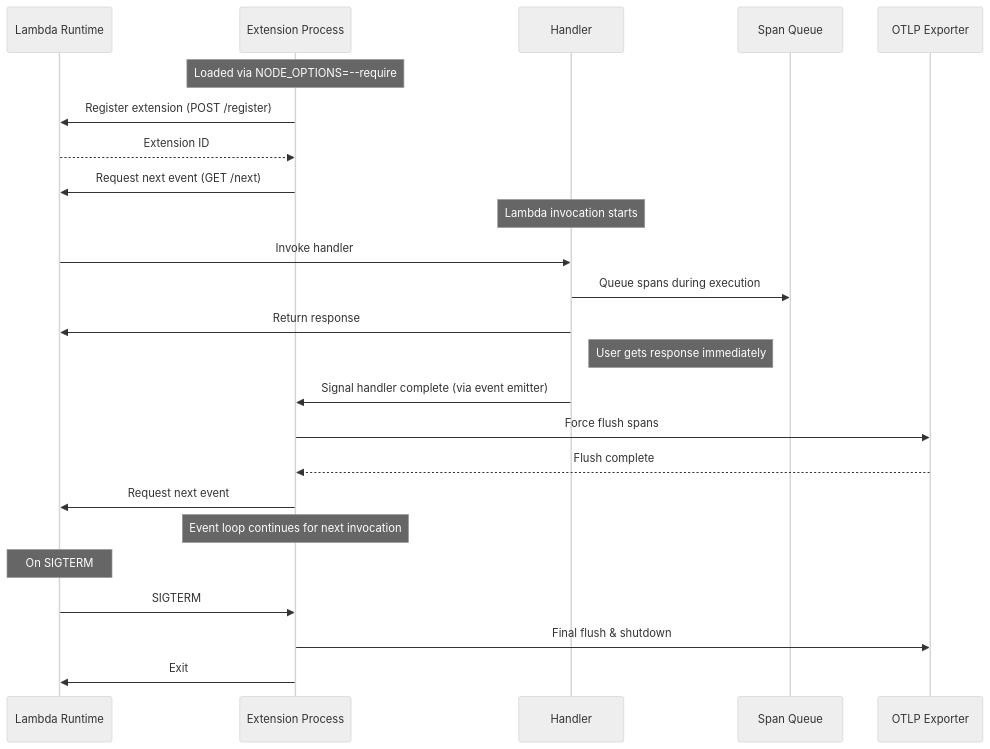
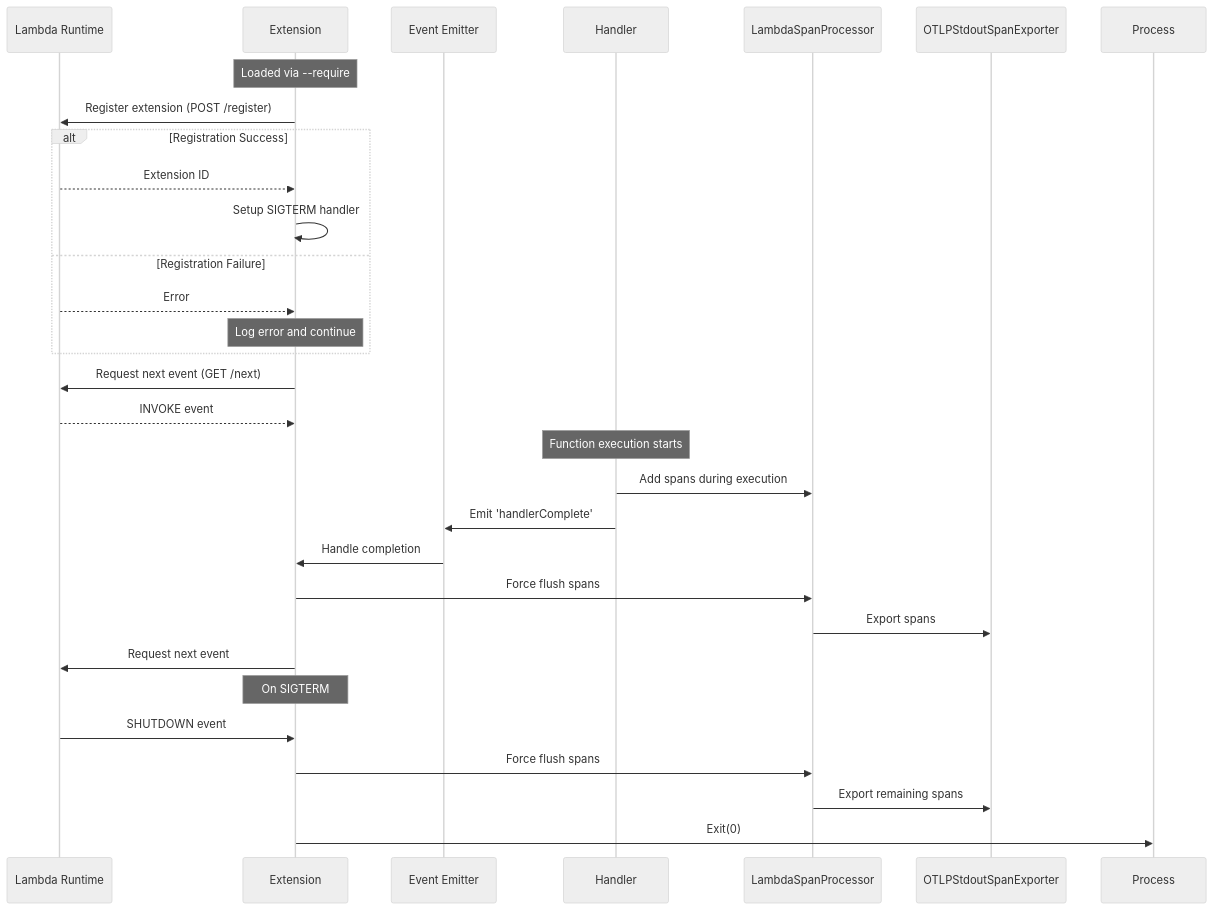
One commit to garysassano/serverless-otlp-forwarder changed the second of 2 diagrams in packages/node/lambda-otel-lite/README.md. Above: the diagram before and after it, drawn with Mermaid (neutral theme). The commit also changed other lines of this file and 39 other files, not shown here.

First line of the commit message:
feat(node-lambda-otel-lite): release 0.6.1 (#36)

````diff
--- a/packages/node/lambda-otel-lite/README.md
+++ b/packages/node/lambda-otel-lite/README.md
@@ -217,30 +100,37 @@
 ```mermaid
 sequenceDiagram
     participant Lambda Runtime
-    participant Extension Process
+    participant Extension
+    participant Event Emitter
     participant Handler
-    participant Span Queue
-    participant OTLP Exporter
+    participant LambdaSpanProcessor
+    participant OTLPStdoutSpanExporter
 
-    Note over Extension Process: Loaded via NODE_OPTIONS=--require
-    Extension Process->>Lambda Runtime: Register extension (POST /register)
-    Lambda Runtime-->>Extension Process: Extension ID
-    Extension Process->>Lambda Runtime: Request next event (GET /next)
+    Note over Extension: Loaded via --require
+    Extension->>Lambda Runtime: Register extension (POST /register)
+    alt Registration Success
+        Lambda Runtime-->>Extension: Extension ID
+        Extension->>Extension: Setup SIGTERM handler
+    else Registration Failure
+        Lambda Runtime-->>Extension: Error
+        Note over Extension: Log error and continue
+    end
+
+    Extension->>Lambda Runtime: Request next event (GET /next)
+    Lambda Runtime-->>Extension: INVOKE event
+
+    Note over Handler: Function execution starts
+    Handler->>LambdaSpanProcessor: Add spans during execution
+    Handler->>Event Emitter: Emit 'handlerComplete'
     
-    Note over Handler: Lambda invocation starts
-    Lambda Runtime->>Handler: Invoke handler
-    Handler->>Span Queue: Queue spans during execution
-    Handler->>Lambda Runtime: Return response
-    Note right of Handler: User gets response immediately
-    
-    Handler->>Extension Process: Signal handler complete (via event emitter)
-    Extension Process->>OTLP Exporter: Force flush spans
-    OTLP Exporter-->>Extension Process: Flush complete
-    Extension Process->>Lambda Runtime: Request next event
-    Note over Extension Process: Event loop continues for next invocation
-    
-    Note over Lambda Runtime: On SIGTERM
-    Lambda Runtime->>Extension Process: SIGTERM
-    Extension Process->>OTLP Exporter: Final flush & shutdown
-    Extension Process->>Lambda Runtime: Exit
+    Event Emitter->>Extension: Handle completion
+    Extension->>LambdaSpanProcessor: Force flush spans
+    LambdaSpanProcessor->>OTLPStdoutSpanExporter: Export spans
+    Extension->>Lambda Runtime: Request next event
+
+    Note over Extension: On SIGTERM
+    Lambda Runtime->>Extension: SHUTDOWN event
+    Extension->>LambdaSpanProcessor: Force flush spans
+    LambdaSpanProcessor->>OTLPStdoutSpanExporter: Export remaining spans
+    Extension->>Process: Exit(0)
 ```
````
